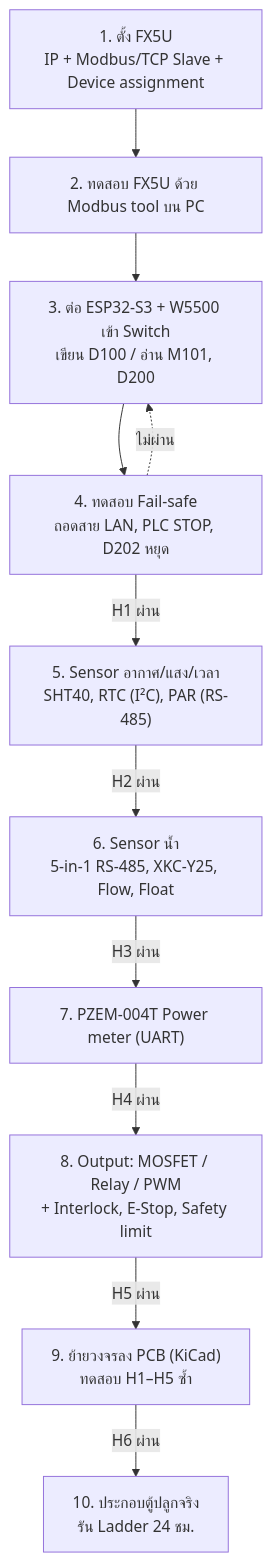
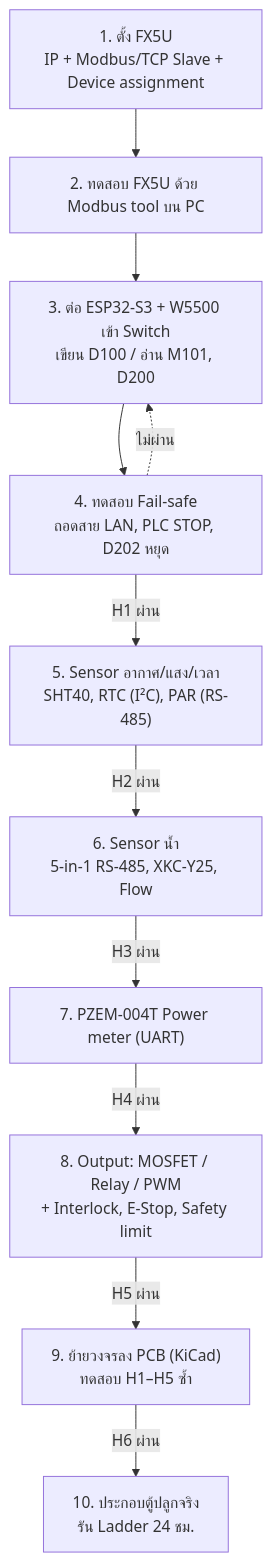
Before and after one commit to aplab-workshop/green-oak-plant-lab: the fourth of 4 diagrams in docs/HARDWARE-FLOW.md, drawn with Mermaid. The commit also changed other lines of this file and 4 other files, not shown here.

````diff
--- a/docs/HARDWARE-FLOW.md
+++ b/docs/HARDWARE-FLOW.md
@@ -98,14 +95,14 @@
 ```mermaid
 flowchart TB
     S1["1. ตั้ง FX5U<br/>IP + Modbus/TCP Slave + Device assignment"] --> S2["2. ทดสอบ FX5U ด้วย Modbus tool บน PC"]
     S2 --> S3["3. ต่อ ESP32-S3 + W5500 เข้า Switch<br/>เขียน D100 / อ่าน M101, D200"]
     S3 --> S4["4. ทดสอบ Fail-safe<br/>ถอดสาย LAN, PLC STOP, D202 หยุด"]
     S4 -->|H1 ผ่าน| S5["5. Sensor อากาศ/แสง/เวลา<br/>SHT40, RTC (I²C), PAR (RS-485)"]
-    S5 -->|H2 ผ่าน| S6["6. Sensor น้ำ<br/>5-in-1 RS-485, XKC-Y25, Flow, Float"]
+    S5 -->|H2 ผ่าน| S6["6. Sensor น้ำ<br/>5-in-1 RS-485, XKC-Y25, Flow"]
     S6 -->|H3 ผ่าน| S7["7. PZEM-004T Power meter (UART)"]
     S7 -->|H4 ผ่าน| S8["8. Output: MOSFET / Relay / PWM<br/>+ Interlock, E-Stop, Safety limit"]
     S8 -->|H5 ผ่าน| S9["9. ย้ายวงจรลง PCB (KiCad)<br/>ทดสอบ H1–H5 ซ้ำ"]
     S9 -->|H6 ผ่าน| S10["10. ประกอบตู้ปลูกจริง<br/>รัน Ladder 24 ชม."]
 
     S4 -. "ไม่ผ่าน" .-> S3
 ```
````
